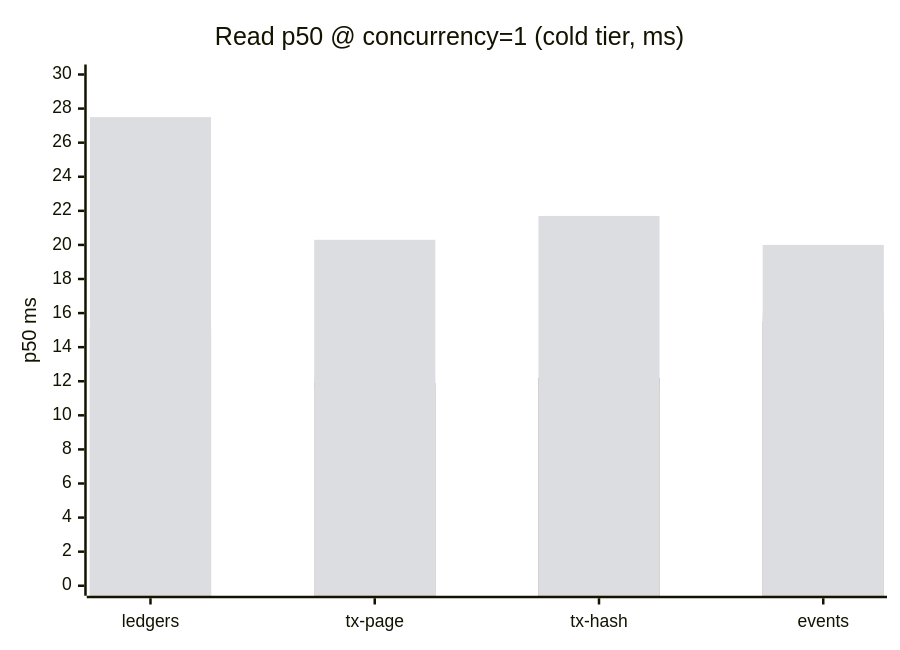
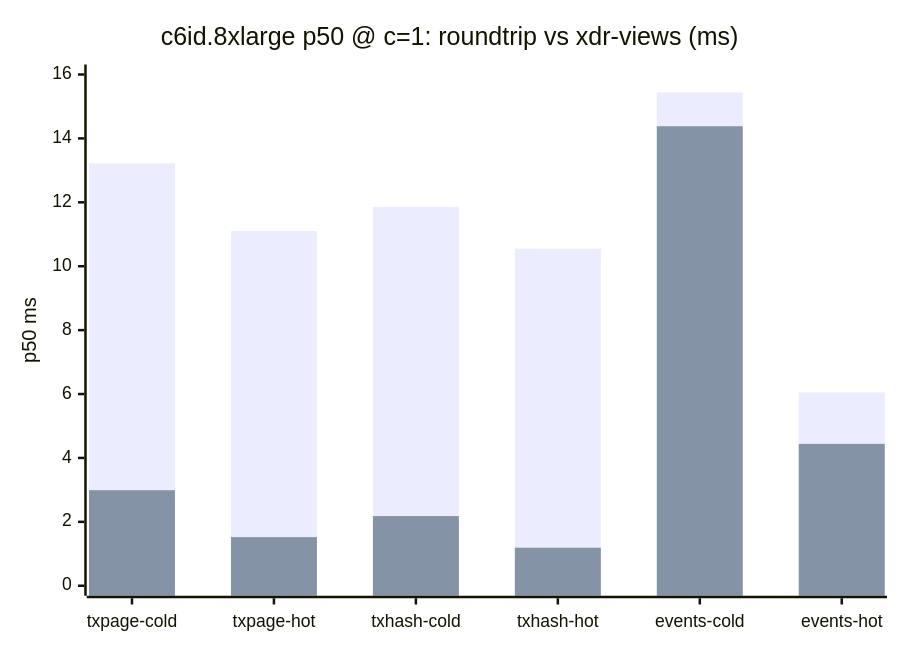
Before and after one commit to stellar/stellar-rpc: the first of 2 diagrams in cmd/stellar-rpc/scripts/bench-fullhistory/results/2026-06-03-cross-machine.md, drawn with Mermaid. The commit also changed other lines of this file and 1 other file, not shown here.

````diff
--- a/cmd/stellar-rpc/scripts/bench-fullhistory/results/2026-06-03-cross-machine.md
+++ b/cmd/stellar-rpc/scripts/bench-fullhistory/results/2026-06-03-cross-machine.md
@@ -60,10 +84,8 @@
 ```mermaid
 xychart-beta
-    title "Read p50 @ concurrency=1 (cold tier, ms)"
-    x-axis [ledgers, tx-page, tx-hash, events]
-    y-axis "p50 ms" 0 --> 30
-    bar [14.3, 12.3, 12.2, 15.8]
-    bar [15.2, 11.9, 12.2, 15.5]
-    bar [14.8, 11.5, 11.7, 16.0]
-    bar [27.5, 20.3, 21.7, 20.0]
+    title "c6id.8xlarge p50 @ c=1: roundtrip vs xdr-views (ms)"
+    x-axis [txpage-cold, txpage-hot, txhash-cold, txhash-hot, events-cold, events-hot]
+    y-axis "p50 ms" 0 --> 16
+    bar [13.22, 11.10, 11.86, 10.55, 15.44, 6.05]
+    bar [2.99, 1.52, 2.18, 1.19, 14.38, 4.44]
 ```
````
